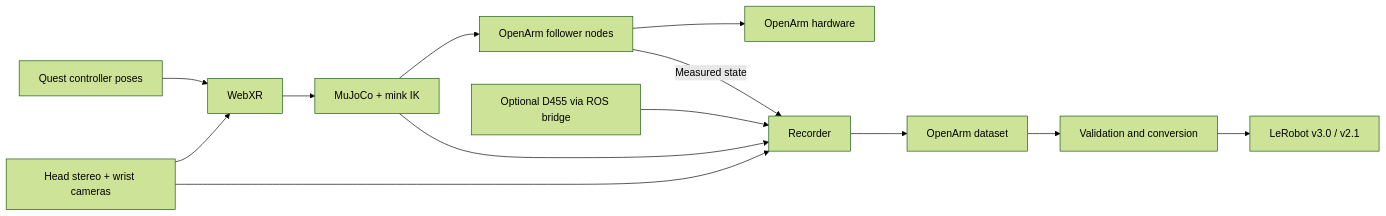
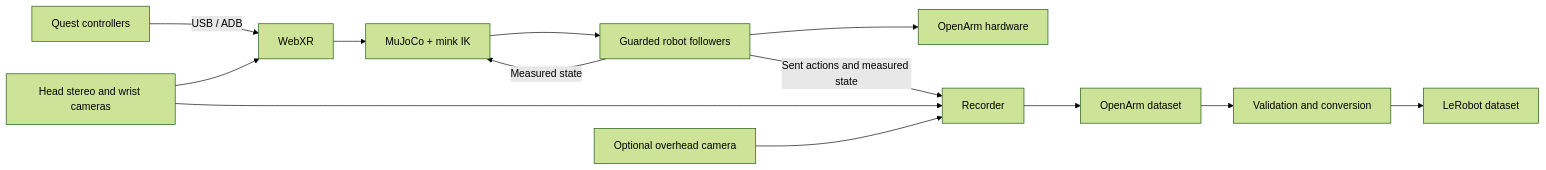
The diagram in README.md (EdgeAI-2000/openarm-real), drawn with Mermaid (forest theme) before and after one commit. The commit also changed other lines of this file and 332 other files, not shown here.

````diff
--- a/README.md
+++ b/README.md
@@ -11,15 +11,15 @@
 ```mermaid
 flowchart LR
-    Quest[Quest controller poses] --> WebXR
+    Quest[Quest controllers] -->|USB / ADB| WebXR
     WebXR --> IK[MuJoCo + mink IK]
-    IK --> Follower[OpenArm follower nodes]
+    IK --> Follower[Guarded robot followers]
     Follower --> Robot[OpenArm hardware]
-    IK --> Recorder
-    Follower -->|Measured state| Recorder
-    Cameras[Head stereo + wrist cameras] --> WebXR
+    Follower -->|Measured state| IK
+    Follower -->|Sent actions and measured state| Recorder
+    Cameras[Head stereo and wrist cameras] --> WebXR
     Cameras --> Recorder
-    Overhead[Optional D455 via ROS bridge] --> Recorder
+    D455[Optional overhead camera] --> Recorder
     Recorder --> Raw[OpenArm dataset]
     Raw --> Convert[Validation and conversion]
-    Convert --> LeRobot[LeRobot v3.0 / v2.1]
+    Convert --> LeRobot[LeRobot dataset]
 ```
````
